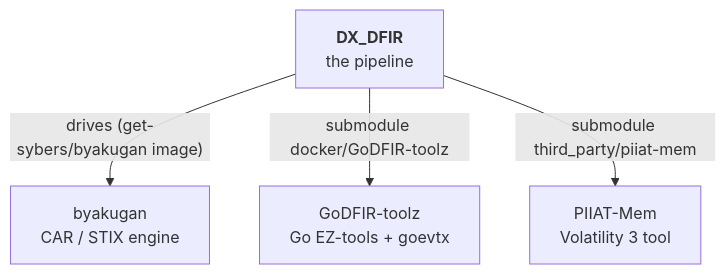
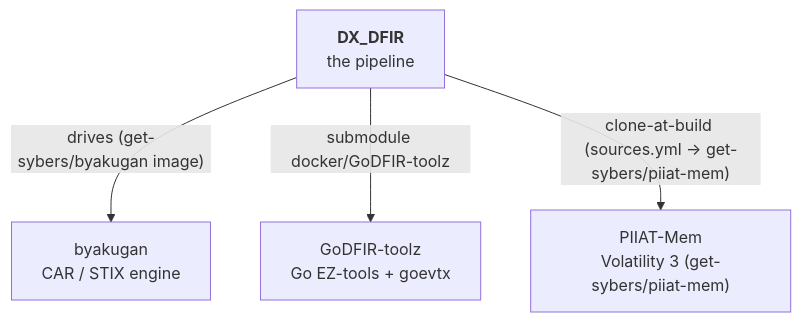
Before and after one commit to Get-Sybers/DX_DFIR: the diagram in docs/reference/repository-map.md, drawn with Mermaid. The commit also changed other lines of this file and 31 other files, not shown here.

````diff
--- a/docs/reference/repository-map.md
+++ b/docs/reference/repository-map.md
@@ -8,10 +8,10 @@
 ```mermaid
 flowchart TD
     DX["<b>DX_DFIR</b><br/>the pipeline"]
     BYA["byakugan<br/>CAR / STIX engine"]
     TOOLZ["GoDFIR-toolz<br/>Go EZ-tools + goevtx"]
-    MEM["PIIAT-Mem<br/>Volatility 3 tool"]
+    MEM["PIIAT-Mem<br/>Volatility 3 (get-sybers/piiat-mem)"]
     DX -->|"drives (get-sybers/byakugan image)"| BYA
     DX -->|"submodule docker/GoDFIR-toolz"| TOOLZ
-    DX -->|"submodule third_party/piiat-mem"| MEM
+    DX -->|"clone-at-build (sources.yml -> get-sybers/piiat-mem)"| MEM
 ```
````
